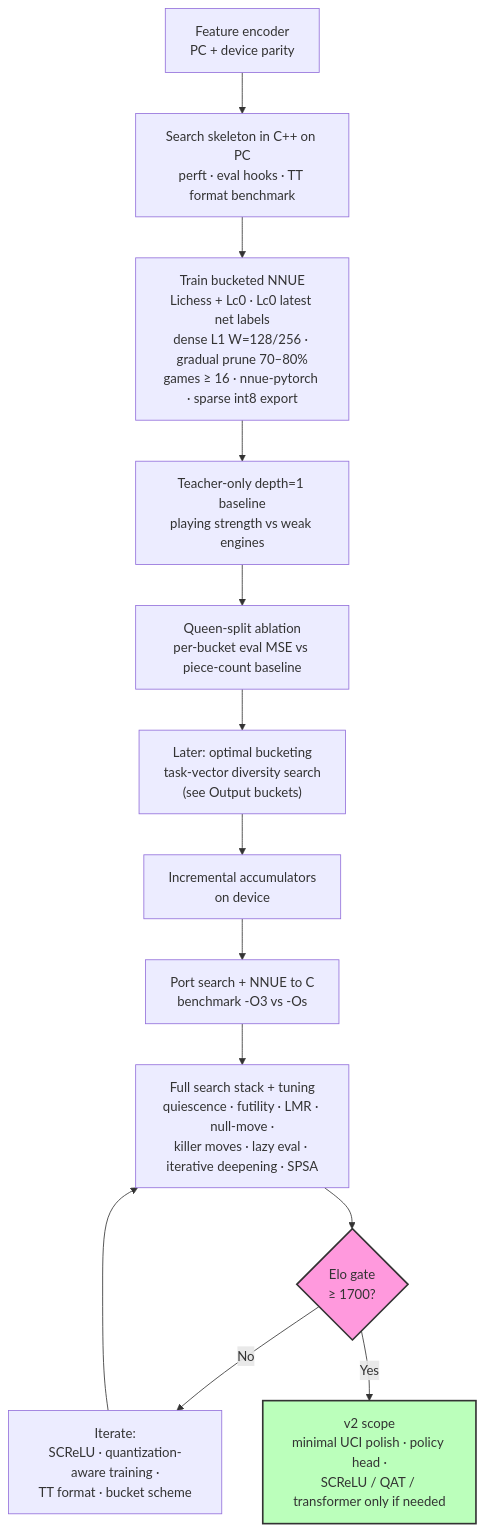
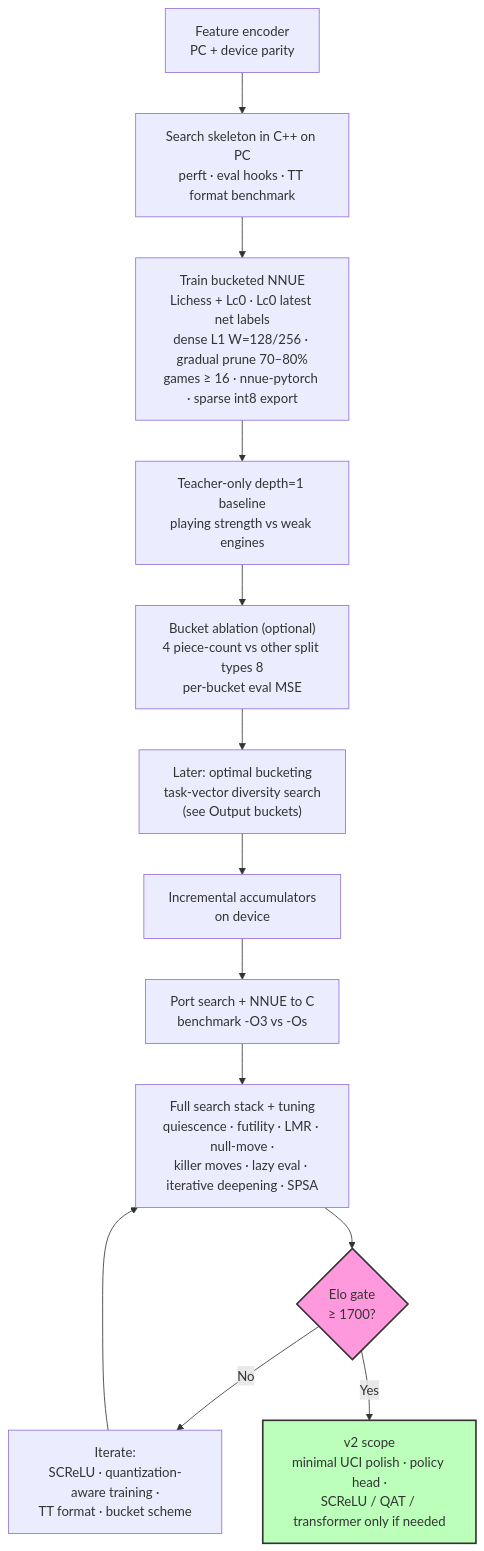
Before and after one commit to Omega97/TinyML_Internship: the first of 2 diagrams in NOTES/SARDINE Engine Blueprint.md, drawn with Mermaid. The commit also changed other lines of this file and 5 other files, not shown here.

Commit message:
architecture updates

````diff
--- a/NOTES/SARDINE Engine Blueprint.md
+++ b/NOTES/SARDINE Engine Blueprint.md
@@ -33,17 +33,17 @@
 ```mermaid
 flowchart TD
     A["Feature encoder<br/>PC + device parity"] --> B["Search skeleton in C++ on PC<br/>perft · eval hooks · TT format benchmark"]
     B --> C["Train bucketed NNUE<br/>Lichess + Lc0 · Lc0 latest net labels<br/>dense L1 W=128/256 · gradual prune 70–80%<br/>games ≥ 16 · nnue-pytorch · sparse int8 export"]
     C --> C1["Teacher-only depth=1 baseline<br/>playing strength vs weak engines"]
-    C1 --> D["Queen-split ablation<br/>per-bucket eval MSE vs piece-count baseline"]
+    C1 --> D["Bucket ablation (optional)<br/>4 piece-count vs other split types 8<br/>per-bucket eval MSE"]
     D --> D2["Later: optimal bucketing<br/>task-vector diversity search<br/>(see Output buckets)"]
     D2 --> E["Incremental accumulators<br/>on device"]
     E --> F["Port search + NNUE to C<br/>benchmark -O3 vs -Os"]
     F --> G["Full search stack + tuning<br/>quiescence · futility · LMR · null-move ·<br/>killer moves · lazy eval · iterative deepening · SPSA"]
     G --> H{"Elo gate<br/>≥ 1700?"}
     H -- "No" --> I["Iterate:<br/>SCReLU · quantization-aware training ·<br/>TT format · bucket scheme"]
     I --> G
     H -- "Yes" --> J["v2 scope<br/>minimal UCI polish · policy head ·<br/>SCReLU / QAT / transformer only if needed"]
     style H fill:#f9d,stroke:#333,stroke-width:2px
     style J fill:#bfb,stroke:#333,stroke-width:2px
 ```
````
